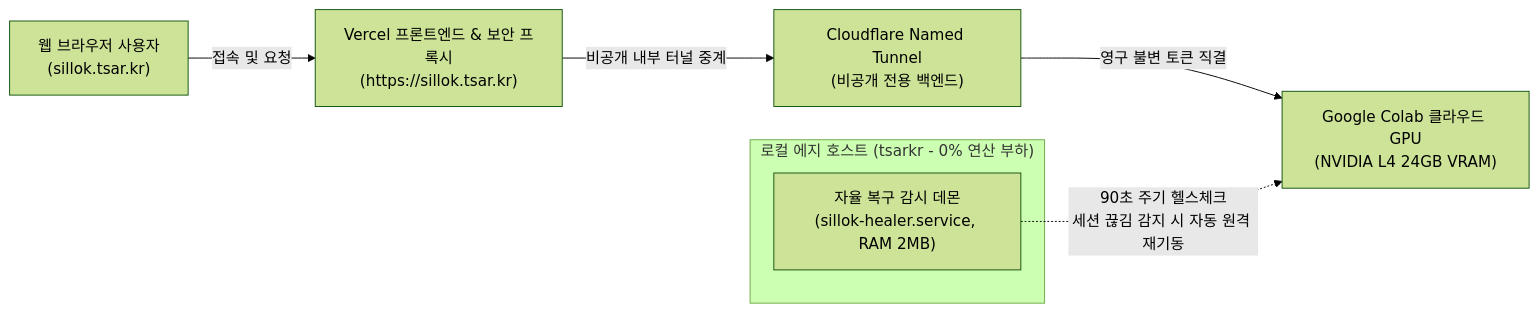
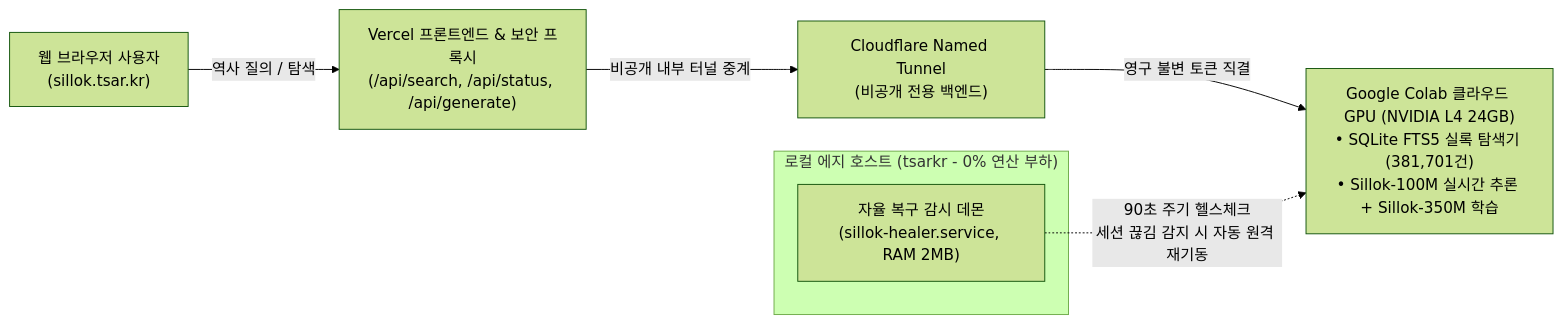
The diagram in README.md (tsarkr/sillok), drawn with Mermaid (forest theme) before and after one commit. The commit also changed other lines of this file and 6 other files, not shown here.

Commit message:
feat(studio): pivot to 381k-article Historical Archive Explorer (SQLite FTS5 + Scribe Briefing) & overhaul docs

````diff
--- a/README.md
+++ b/README.md
@@ -45,12 +49,12 @@
 ```mermaid
 flowchart LR
-    User["웹 브라우저 사용자\n(sillok.tsar.kr)"] -->|"접속 및 요청"| Vercel["Vercel 프론트엔드 & 보안 프록시\n(https://sillok.tsar.kr)"]
+    User["웹 브라우저 사용자\n(sillok.tsar.kr)"] -->|"역사 질의 / 탐색"| Vercel["Vercel 프론트엔드 & 보안 프록시\n(/api/search, /api/status, /api/generate)"]
     Vercel -->|"비공개 내부 터널 중계"| CF["Cloudflare Named Tunnel\n(비공개 전용 백엔드)"]
-    CF -->|"영구 불변 토큰 직결"| GPU["Google Colab 클라우드 GPU\n(NVIDIA L4 24GB VRAM)"]
+    CF -->|"영구 불변 토큰 직결"| GPU["Google Colab 클라우드 GPU (NVIDIA L4 24GB)\n• SQLite FTS5 실록 탐색기 (381,701건)\n• Sillok-100M 실시간 추론 + Sillok-350M 학습"]
     
     subgraph EdgeHost["로컬 에지 호스트 (tsarkr - 0% 연산 부하)"]
         Healer["자율 복구 감시 데몬\n(sillok-healer.service, RAM 2MB)"]
     end
     
     Healer -.->|"90초 주기 헬스체크\n세션 끊김 감지 시 자동 원격 재기동"| GPU
 ```
````
